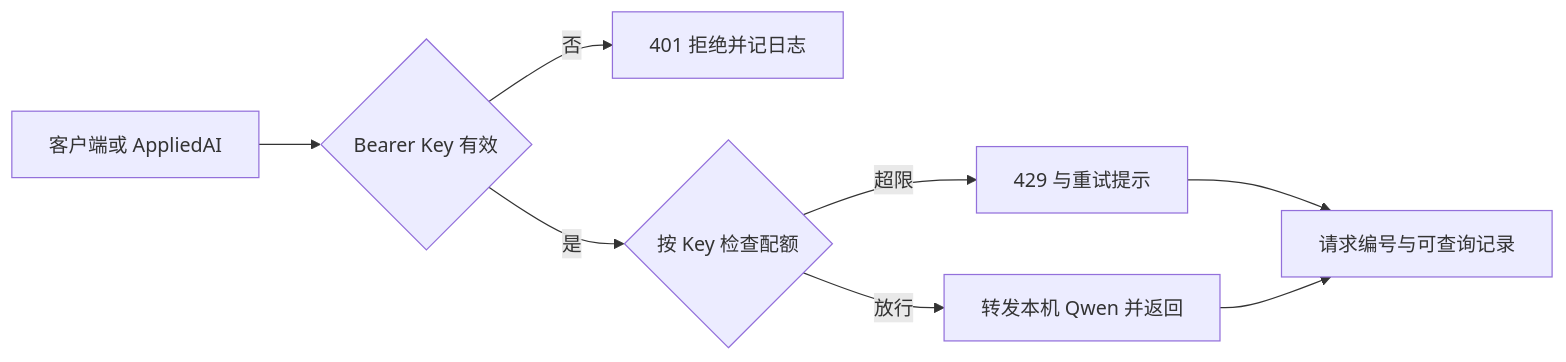
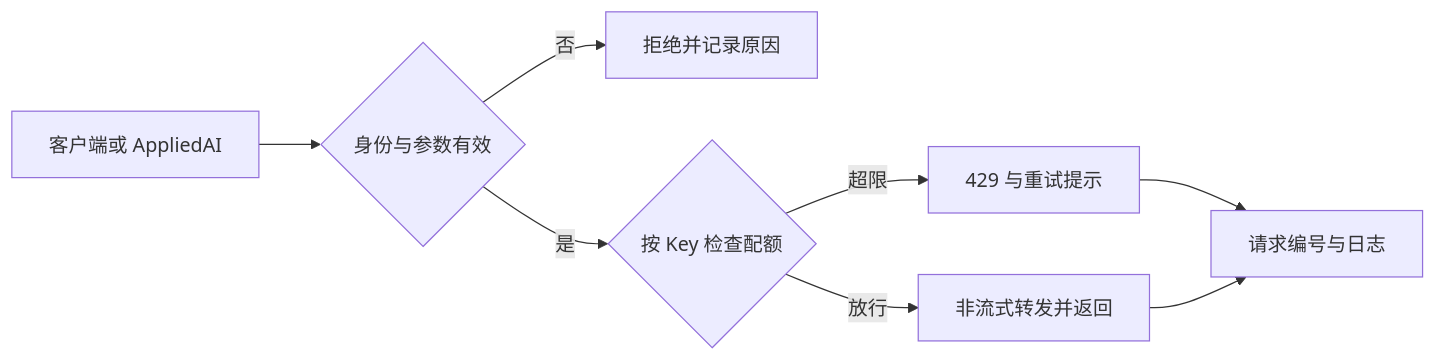
Before and after one commit to suiyisuixing/ai-product-portfolio: the diagram in cases/servetrace.md, drawn with Mermaid. The commit also changed other lines of this file and 13 other files, not shown here.

````diff
--- a/cases/servetrace.md
+++ b/cases/servetrace.md
@@ -31,10 +18,10 @@
 ```mermaid
 flowchart LR
-    A[客户端或 AppliedAI] --> B{Bearer Key 有效}
-    B -->|否| C[401 拒绝并记日志]
+    A[客户端或 AppliedAI] --> B{身份与参数有效}
+    B -->|否| C[拒绝并记录原因]
     B -->|是| D{按 Key 检查配额}
     D -->|超限| E[429 与重试提示]
-    D -->|放行| F[转发本机 Qwen 并返回]
-    E --> G[请求编号与可查询记录]
+    D -->|放行| F[非流式转发并返回]
+    E --> G[请求编号与日志]
     F --> G
 ```
````
